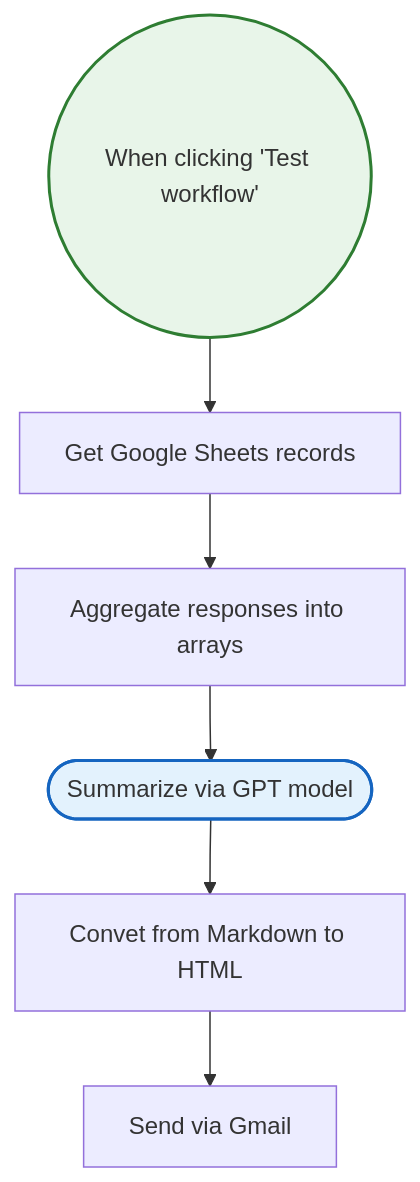
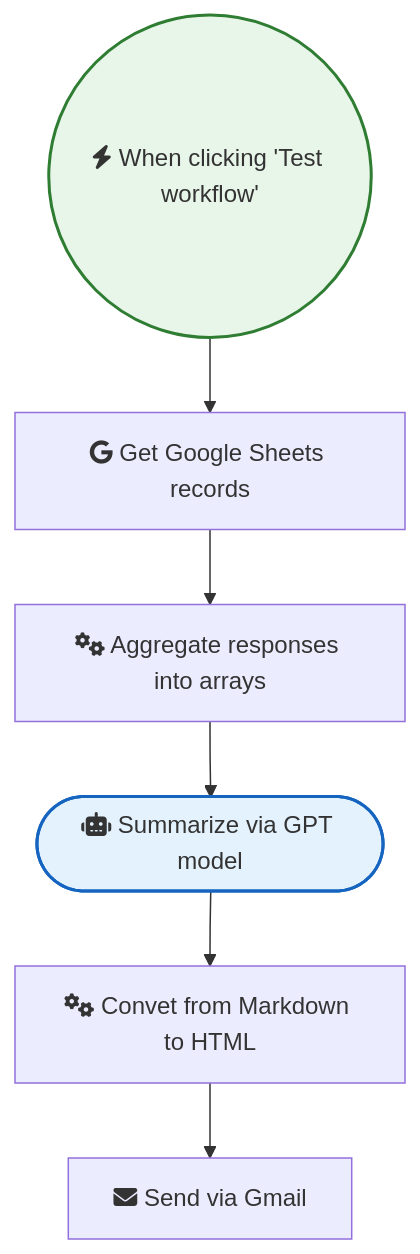
Before and after one commit to sreyash3105/N8N-DEMO-AUTOMATIONS: the diagram in Google_Drive_and_Google_Sheets/Summarize Google Sheets Form Feedback via Openai S Gpt-4.md, drawn with Mermaid. The commit also changed 291 other files, not shown here.

````diff
--- a/Google_Drive_and_Google_Sheets/Summarize Google Sheets Form Feedback via Openai S Gpt-4.md
+++ b/Google_Drive_and_Google_Sheets/Summarize Google Sheets Form Feedback via Openai S Gpt-4.md
@@ -1,19 +1,19 @@
 ```mermaid
 graph TD
     classDef trigger fill:#e8f5e9,stroke:#2e7d32,stroke-width:2px;
     classDef ai fill:#e3f2fd,stroke:#1565c0,stroke-width:2px;
     classDef logic fill:#fff3e0,stroke:#ef6c00,stroke-width:2px;
 
-    When_clicking__Test_workflow_(("When clicking 'Test workflow'")):::trigger
-    Get_Google_Sheets_records["Get Google Sheets records"]
-    Aggregate_responses_into_arrays["Aggregate responses into arrays"]
-    Summarize_via_GPT_model(["Summarize via GPT model"]):::ai
-    Convet_from_Markdown_to_HTML["Convet from Markdown to HTML"]
-    Send_via_Gmail["Send via Gmail"]
+    When_clicking__Test_workflow_(("fas:fa-bolt When clicking 'Test workflow'")):::trigger
+    Get_Google_Sheets_records["fab:fa-google Get Google Sheets records"]
+    Aggregate_responses_into_arrays["fas:fa-cogs Aggregate responses into arrays"]
+    Summarize_via_GPT_model(["fas:fa-robot Summarize via GPT model"]):::ai
+    Convet_from_Markdown_to_HTML["fas:fa-cogs Convet from Markdown to HTML"]
+    Send_via_Gmail["fas:fa-envelope Send via Gmail"]
 
     Summarize_via_GPT_model --> Convet_from_Markdown_to_HTML
     Get_Google_Sheets_records --> Aggregate_responses_into_arrays
     Convet_from_Markdown_to_HTML --> Send_via_Gmail
     When_clicking__Test_workflow_ --> Get_Google_Sheets_records
     Aggregate_responses_into_arrays --> Summarize_via_GPT_model
 ```
````
